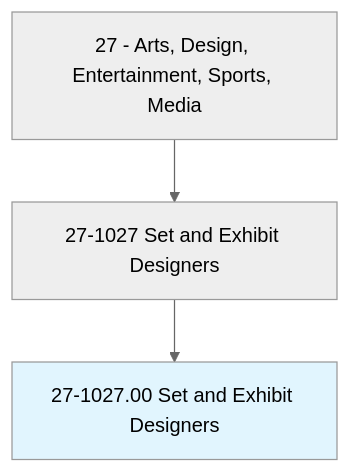
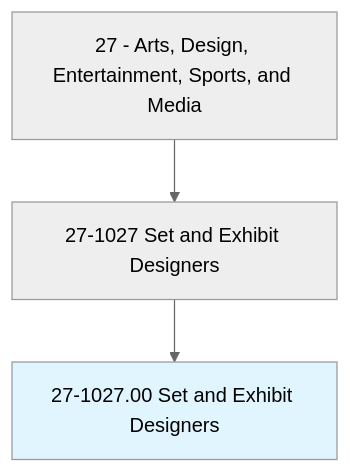
One commit to kziemski/business.org.ai changed the first of 4 diagrams in occupations/ArtsMedia/SetAndExhibitDesigners.mdx. Above: the diagram before and after it, drawn with Mermaid (neutral theme). The commit also changed other lines of this file and 938 other files, not shown here.

````diff
--- a/occupations/ArtsMedia/SetAndExhibitDesigners.mdx
+++ b/occupations/ArtsMedia/SetAndExhibitDesigners.mdx
@@ -19,6 +23,6 @@
 ```mermaid
 graph TD
-    Cat27["27 - Arts, Design, Entertainment, Sports, Media"] --> Group271027["27-1027 Set and Exhibit Designers"]
+    Cat27["27 - Arts, Design, Entertainment, Sports, and Media"] --> Group271027["27-1027 Set and Exhibit Designers"]
     Group271027 --> Current["27-1027.00 Set and Exhibit Designers"]
     style Current fill:#e1f5fe
 ```
````
